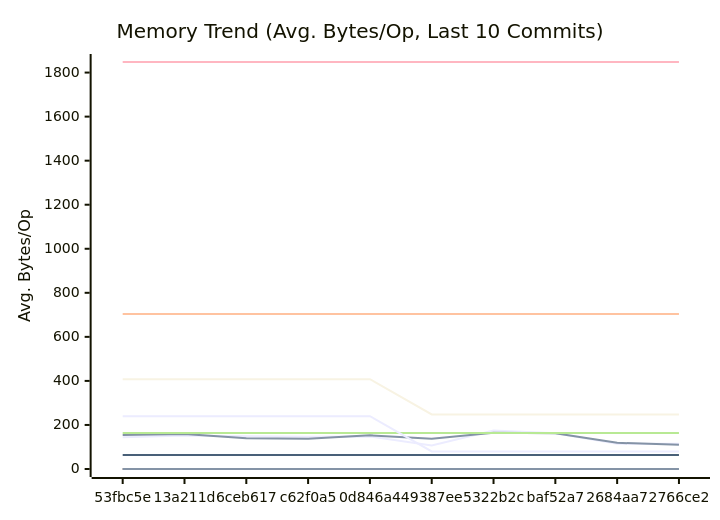
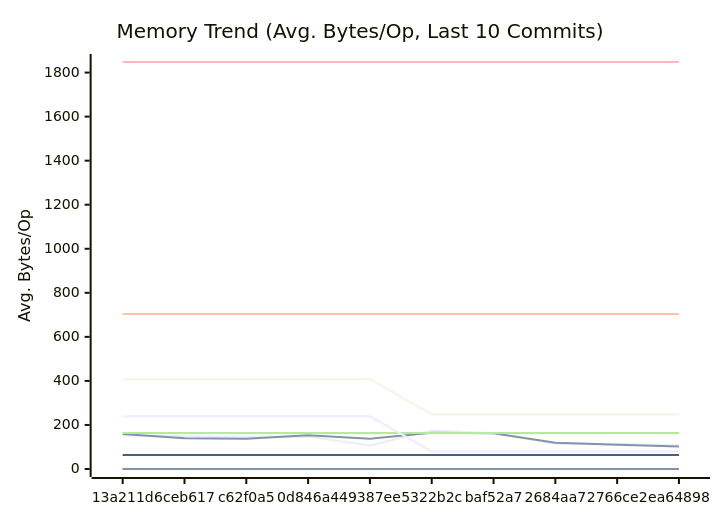
The second of 3 diagrams in docs/PERFORMANCE.md (alsotoes/momo), drawn with Mermaid before and after one commit. The commit also changed other lines of this file and 3 other files, not shown here.

````diff
--- a/docs/PERFORMANCE.md
+++ b/docs/PERFORMANCE.md
@@ -171,20 +171,20 @@
 ```mermaid
 xychart-beta
     title "Memory Trend (Avg. Bytes/Op, Last 10 Commits)"
     x-axis "Commit"
     y-axis "Avg. Bytes/Op"
-    x-axis [53fbc5e,13a211d,6ceb617,c62f0a5,0d846a4,49387ee,5322b2c,baf52a7,2684aa7,2766ce2]
-    line "AWSChunkedReaderSigned" [144,152,149,146,148,107,175,162,115,115]
-    line "AWSChunkedReaderUnsigned" [154,159,140,137,153,137,165,162,119,110]
+    x-axis [13a211d,6ceb617,c62f0a5,0d846a4,49387ee,5322b2c,baf52a7,2684aa7,2766ce2,ea64898]
+    line "AWSChunkedReaderSigned" [152,149,146,148,107,175,162,115,115,107]
+    line "AWSChunkedReaderUnsigned" [159,140,137,153,137,165,162,119,110,102]
     line "CheckMetricsAndSwap" [0,0,0,0,0,0,0,0,0,0]
     line "CrushOptimized" [0,0,0,0,0,0,0,0,0,0]
     line "CrushOriginal" [164,164,164,164,164,164,164,164,164,164]
     line "IndexDirectTracking" [0,0,0,0,0,0,0,0,0,0]
     line "IndexSearch" [0,0,0,0,0,0,0,0,0,0]
     line "LoadGlobalConfig" [1848,1848,1848,1848,1848,1848,1848,1848,1848,1848]
     line "PadString" [64,64,64,64,64,64,64,64,64,64]
     line "ParseReplicationOrder_NoPrealloc" [408,408,408,408,408,248,248,248,248,248]
     line "ParseReplicationOrder_Prealloc" [240,240,240,240,240,80,80,80,80,80]
     line "SanitizeLog/Safe" [0,0,0,0,0,0,0,0,0,0]
     line "SanitizeLog/Unsafe" [704,704,704,704,704,704,704,704,704,704]
 ```
````
